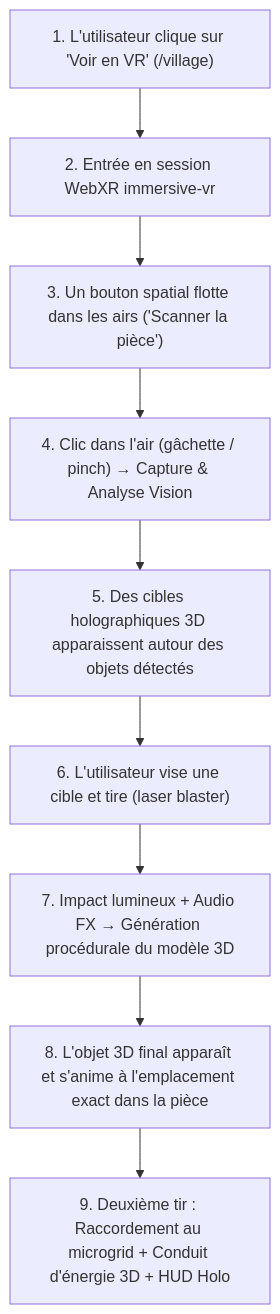
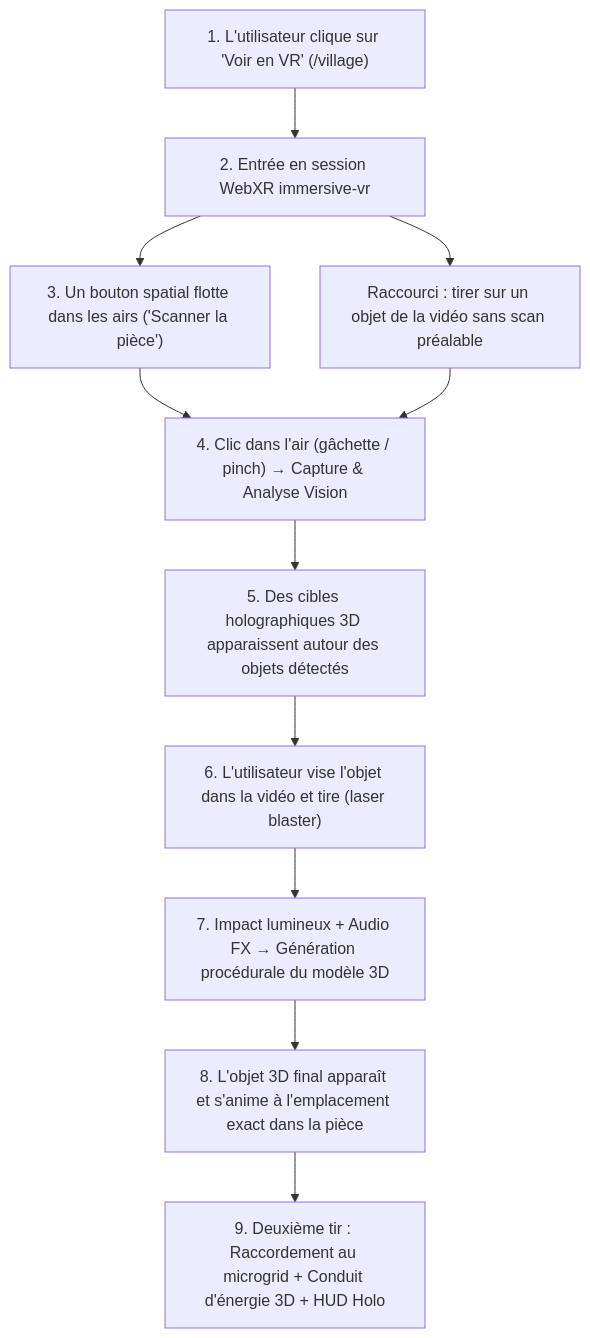
Before and after one commit to Tokiarivelo/mitsinjo-grid-vr: the diagram in docs/vr-village-spatial-detection.md, drawn with Mermaid. The commit also changed other lines of this file and 32 other files, not shown here.

````diff
--- a/docs/vr-village-spatial-detection.md
+++ b/docs/vr-village-spatial-detection.md
@@ -23,11 +23,13 @@
 ```mermaid
 flowchart TD
     A["1. L'utilisateur clique sur 'Voir en VR' (/village)"] --> B["2. Entrée en session WebXR immersive-vr"]
     B --> C["3. Un bouton spatial flotte dans les airs ('Scanner la pièce')"]
     C --> D["4. Clic dans l'air (gâchette / pinch) → Capture & Analyse Vision"]
     D --> E["5. Des cibles holographiques 3D apparaissent autour des objets détectés"]
-    E --> F["6. L'utilisateur vise une cible et tire (laser blaster)"]
+    E --> F["6. L'utilisateur vise l'objet dans la vidéo et tire (laser blaster)"]
+    B --> F2["Raccourci : tirer sur un objet de la vidéo sans scan préalable"]
+    F2 --> D
     F --> G["7. Impact lumineux + Audio FX → Génération procédurale du modèle 3D"]
     G --> H["8. L'objet 3D final apparaît et s'anime à l'emplacement exact dans la pièce"]
     H --> I["9. Deuxième tir : Raccordement au microgrid + Conduit d'énergie 3D + HUD Holo"]
 ```
````
